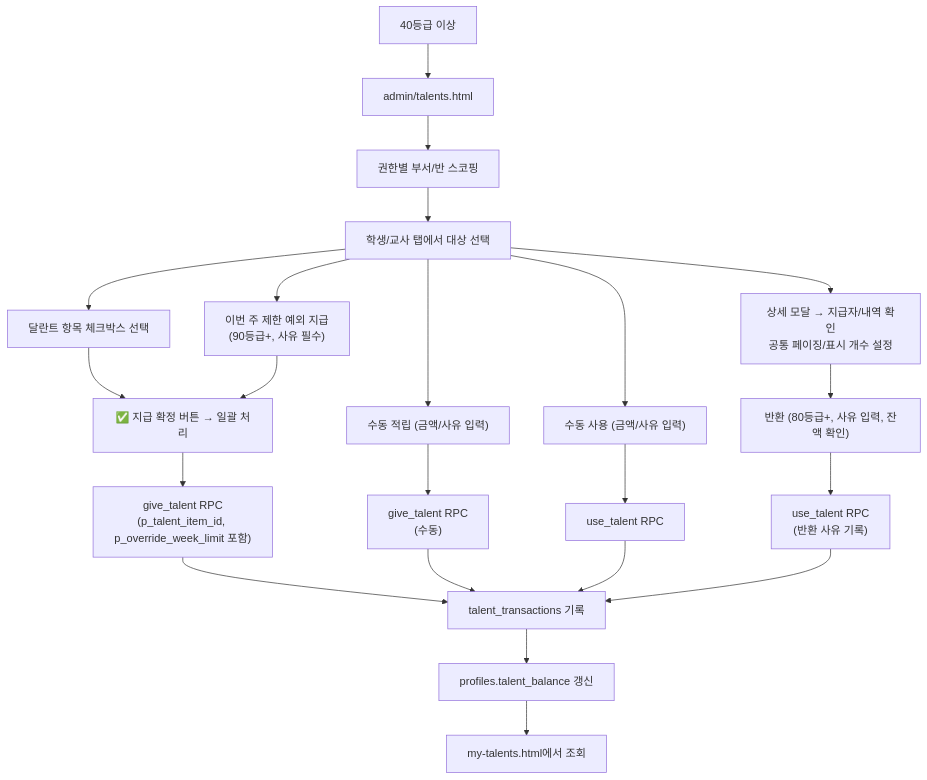
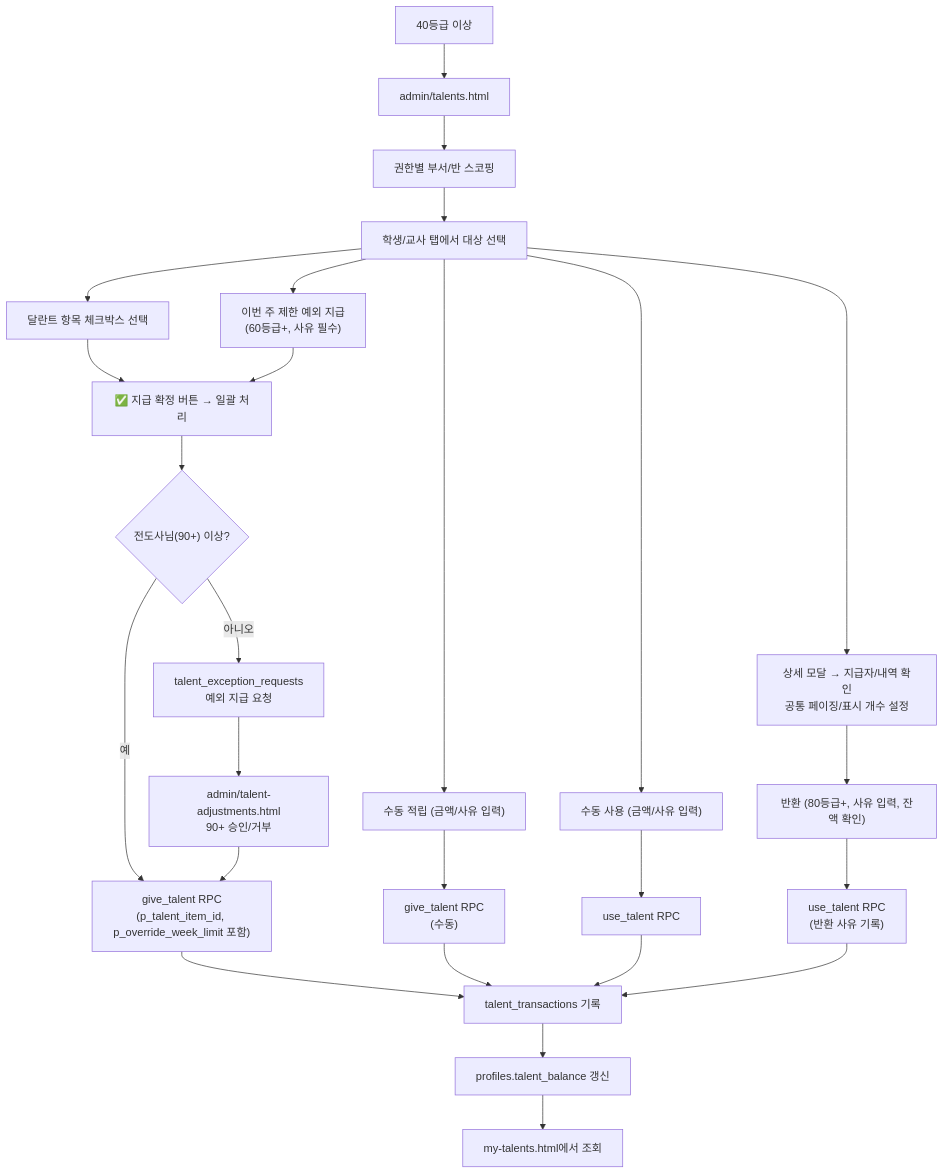
One commit to CHO-Talents-Test/CHO-Talents-Test changed the tenth of 16 diagrams in docs/PROJECT_ARCHITECTURE_FLOW.md. Above: the diagram before and after it, drawn with Mermaid. The commit also changed other lines of this file and 58 other files, not shown here.

````diff
--- a/docs/PROJECT_ARCHITECTURE_FLOW.md
+++ b/docs/PROJECT_ARCHITECTURE_FLOW.md
@@ -428,25 +430,29 @@
 ```mermaid
 flowchart TD
   Manager["40등급 이상"] --> TalentPage["admin/talents.html"]
   TalentPage --> Scope["권한별 부서/반 스코핑"]
   Scope --> Target["학생/교사 탭에서 대상 선택"]
   Target --> ItemCheck["달란트 항목 체크박스 선택"]
-  Target --> Override["이번 주 제한 예외 지급<br/>(90등급+, 사유 필수)"]
+  Target --> Override["이번 주 제한 예외 지급<br/>(60등급+, 사유 필수)"]
   Target --> ManualGive["수동 적립 (금액/사유 입력)"]
   Target --> ManualUse["수동 사용 (금액/사유 입력)"]
   ItemCheck --> Confirm["✅ 지급 확정 버튼 → 일괄 처리"]
   Override --> Confirm
-  Confirm --> GiveRPC["give_talent RPC<br/>(p_talent_item_id, p_override_week_limit 포함)"]
+  Confirm --> RankCheck{"전도사님(90+) 이상?"}
+  RankCheck -->|예| GiveRPC["give_talent RPC<br/>(p_talent_item_id, p_override_week_limit 포함)"]
+  RankCheck -->|아니오| ExceptionReq["talent_exception_requests<br/>예외 지급 요청"]
+  ExceptionReq --> Approval["admin/talent-adjustments.html<br/>90+ 승인/거부"]
+  Approval --> GiveRPC
   ManualGive --> GiveTalent["give_talent RPC<br/>(수동)"]
   ManualUse --> UseTalent["use_talent RPC"]
   GiveRPC --> Tx["talent_transactions 기록"]
   GiveTalent --> Tx
   UseTalent --> Tx
   Tx --> Balance["profiles.talent_balance 갱신"]
   Balance --> UserView["my-talents.html에서 조회"]
 
   Target --> Detail["상세 모달 → 지급자/내역 확인<br/>공통 페이징/표시 개수 설정"]
   Detail --> Return["반환 (80등급+, 사유 입력, 잔액 확인)"]
   Return --> ReturnRPC["use_talent RPC<br/>(반환 사유 기록)"]
   ReturnRPC --> Tx
 ```
````
